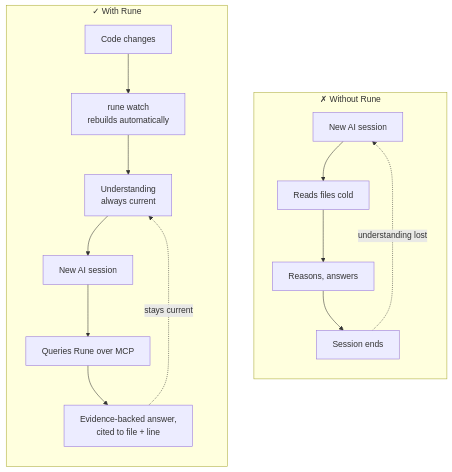
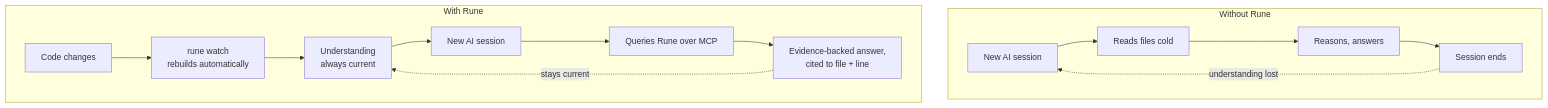
Before and after one commit to thecolourfoundation/rune: the first of 3 diagrams in README.md, drawn with Mermaid. The commit also changed other lines of this file, not shown here.

Commit message:
fix: Mermaid diagram 1 wasn't rendering on GitHub (showed 'Unable to render rich display')
Confirmed via screenshot: the before/after flowchart fell back to raw
text instead of rendering. Most likely cause: 'direction TB' declared
inside subgraphs combined with unicode symbols (\u2717/\u2713) in subgraph
titles -- a combination GitHub's pinned Mermaid version apparently can't
parse, and it fails silently to a text fallback rather than a visible
error.

Removed both: dropped the inner 'direction' declarations (redundant
anyway, since the outer flowchart is already top-to-bottom) and replaced
the unicode symbols with plain text titles.

Also proactively simplified the sequence diagram's participant alias,
which contained '/' characters (Claude Code / Cursor / any MCP client) --
same general class of 'exotic syntax GitHub's renderer might choke on',
fixed before waiting for evidence it was also broken.

Can't render-test Mermaid locally in this environment, so this is a
best-effort simplification toward well-established, broadly-supported
syntax rather than a verified fix -- needs a real look at the rendered
page after pushing.

````diff
--- a/README.md
+++ b/README.md
@@ -7,19 +7,17 @@
 ```mermaid
 flowchart TB
-    subgraph Without["✗ Without Rune"]
-        direction TB
+    subgraph Without["Without Rune"]
         A1["New AI session"] --> A2["Reads files cold"]
         A2 --> A3["Reasons, answers"]
         A3 --> A4["Session ends"]
         A4 -.->|"understanding lost"| A1
     end
-    subgraph With["✓ With Rune"]
-        direction TB
+    subgraph With["With Rune"]
         B1["Code changes"] --> B2["rune watch<br/>rebuilds automatically"]
         B2 --> B3["Understanding<br/>always current"]
         B3 --> B4["New AI session"]
         B4 --> B5["Queries Rune over MCP"]
         B5 --> B6["Evidence-backed answer,<br/>cited to file + line"]
         B6 -.->|"stays current"| B3
     end
 ```
````
